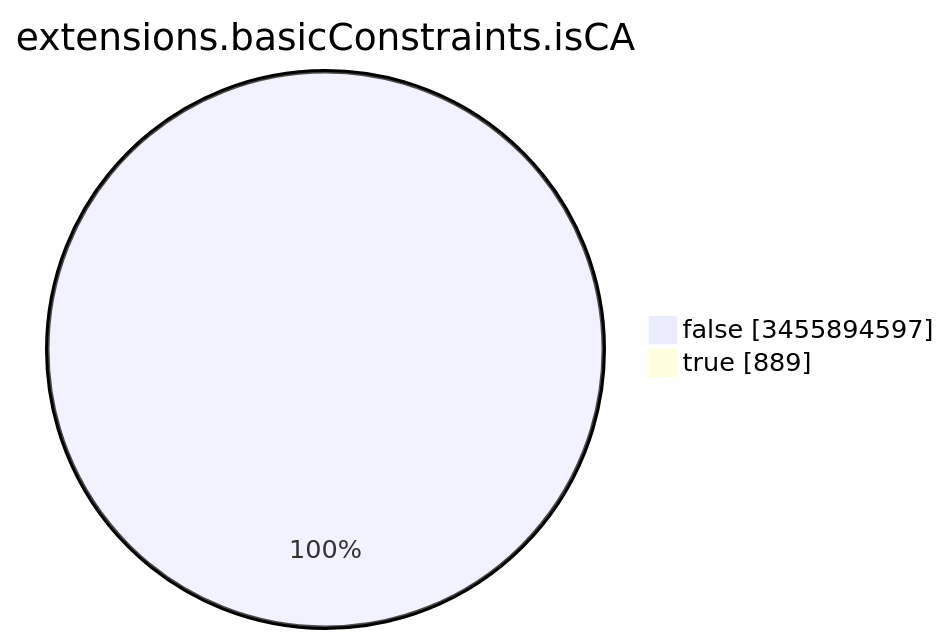
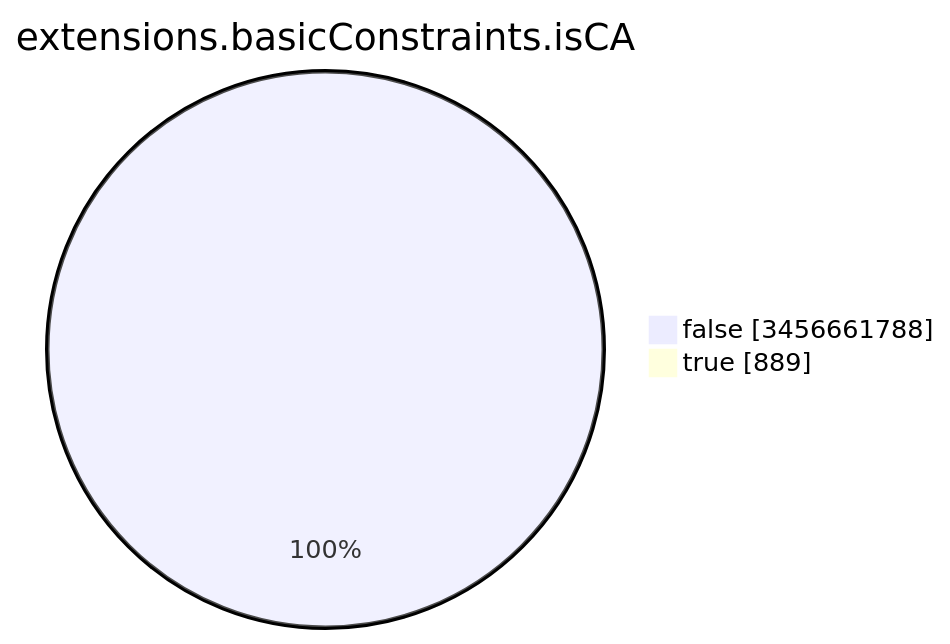
The seventh of 15 diagrams in TOTAL/README.md (christiankrug/ctmonitor_visualization), drawn with Mermaid before and after one commit. The commit also changed other lines of this file, not shown here.

````diff
--- a/TOTAL/README.md
+++ b/TOTAL/README.md
@@ -3093,6 +3093,6 @@
 ```mermaid
 pie showData
 title extensions.basicConstraints.isCA
-"false" :3455894597
+"false" :3456661788
 "true" :889
 ```
````
